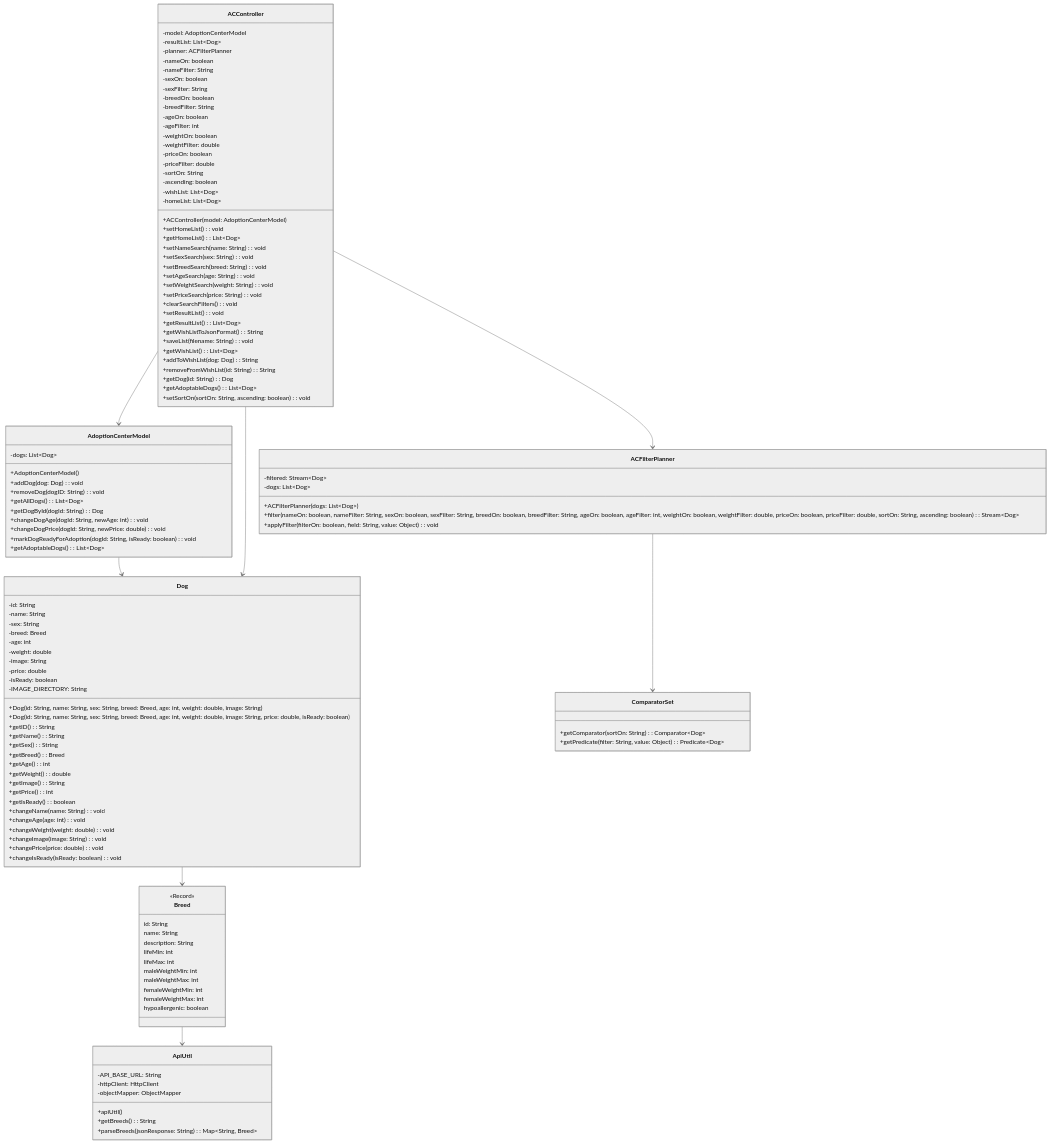
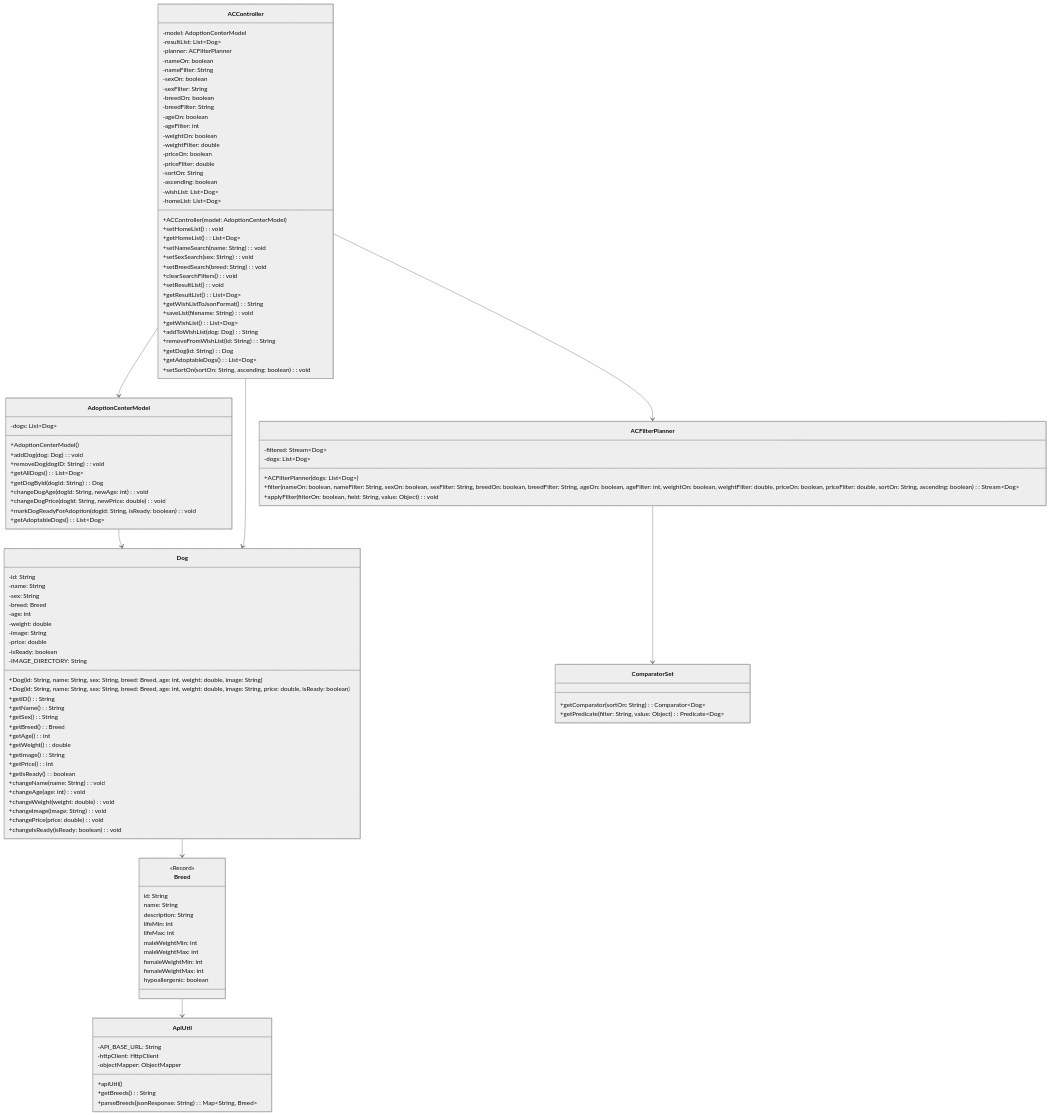
Before and after one commit to Su24-CS5004-Online-Lionelle/final-project-group-1: the diagram in DesignDocuments/FinalDesign.md, drawn with Mermaid (neutral theme).

```diff
--- a/DesignDocuments/FinalDesign.md
+++ b/DesignDocuments/FinalDesign.md
@@ -101,9 +101,6 @@
     +setNameSearch(name: String): void
     +setSexSearch(sex: String): void
     +setBreedSearch(breed: String): void
-    +setAgeSearch(age: String): void
-    +setWeightSearch(weight: String): void
-    +setPriceSearch(price: String): void
     +clearSearchFilters(): void
     +setResultList(): void
     +getResultList(): List~Dog~
```
